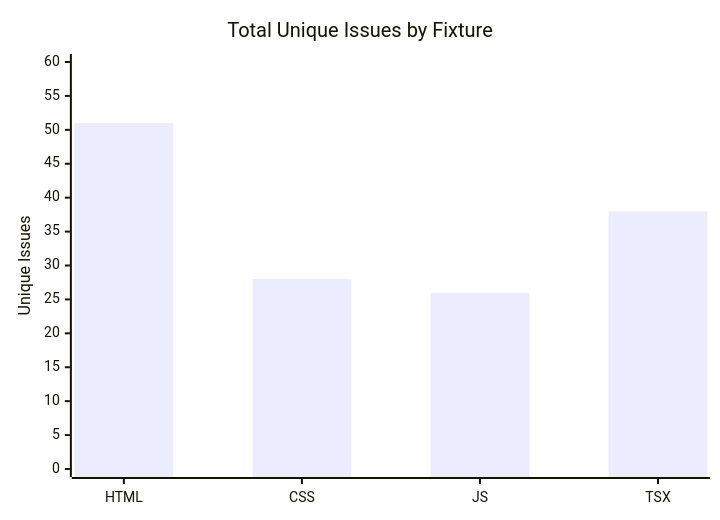
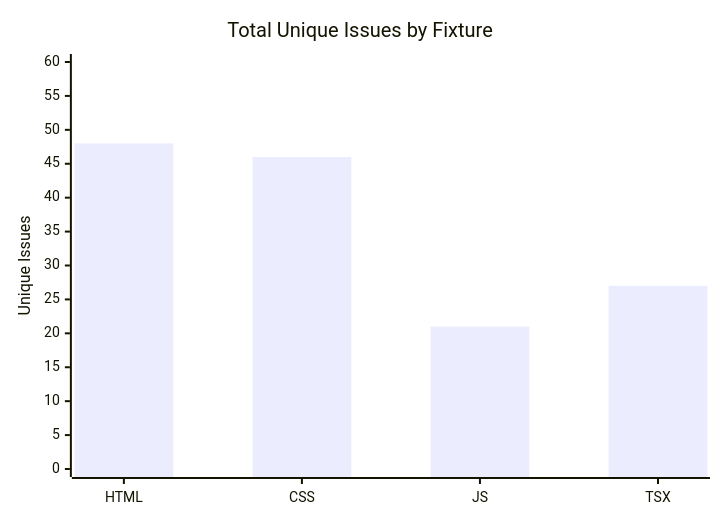
The second of 3 diagrams in evaluation/Phase6_ToolComparison/results/study-6/results.md (Mimiiiii017/dissertation-ai-accessibility-assistant), drawn with Mermaid before and after one commit. The commit also changed other lines of this file and 54 other files, not shown here.

````diff
--- a/evaluation/Phase6_ToolComparison/results/study-6/results.md
+++ b/evaluation/Phase6_ToolComparison/results/study-6/results.md
@@ -290,7 +292,7 @@
 ```mermaid
 xychart-beta
 	title "Total Unique Issues by Fixture"
 	x-axis ["HTML","CSS","JS","TSX"]
 	y-axis "Unique Issues" 0 --> 60
-	bar [51,28,26,38]
+	bar [48,46,21,27]
 ```
````
